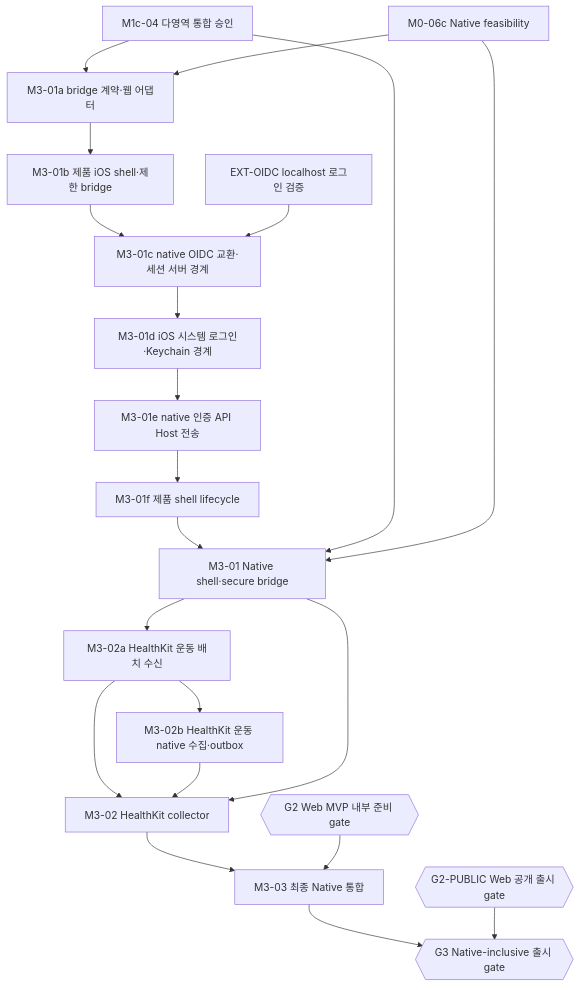
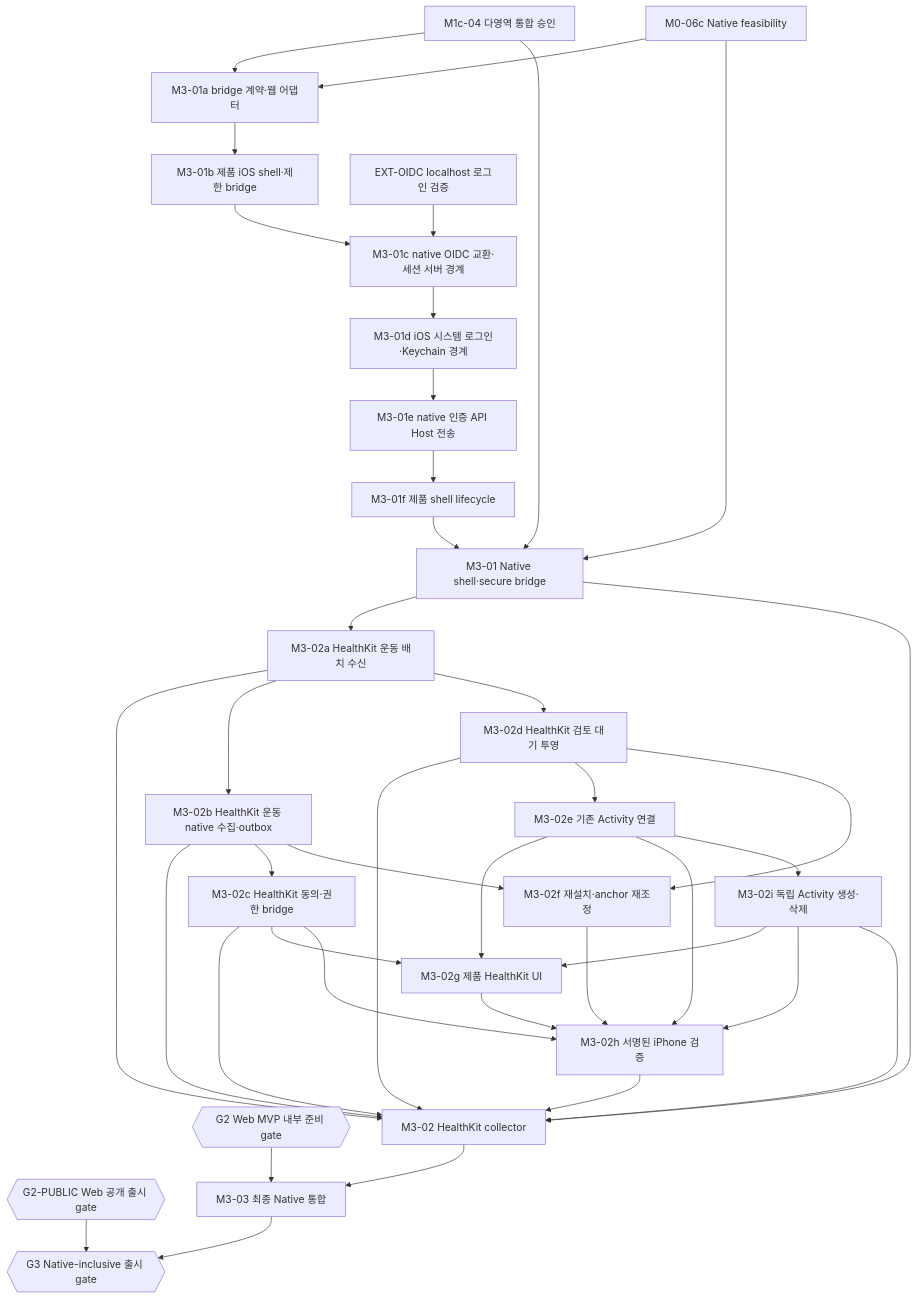
The third of 3 diagrams in docs/implementation/task-graph.md (peacecheejecake/workout-manager), drawn with Mermaid before and after one commit. The commit also changed other lines of this file and 31 other files, not shown here.

````diff
--- a/docs/implementation/task-graph.md
+++ b/docs/implementation/task-graph.md
@@ -524,40 +524,65 @@
 ```mermaid
 flowchart TD
     task8["M0-06c Native feasibility"]
     task25["M1c-04 다영역 통합 승인"]
     task33{{"G2 Web MVP 내부 준비 gate"}}
     publicGate{{"G2-PUBLIC Web 공개 출시 gate"}}
     task34["M3-01 Native shell·secure bridge"]
     task34a["M3-01a bridge 계약·웹 어댑터"]
     task34b["M3-01b 제품 iOS shell·제한 bridge"]
     task34c["M3-01c native OIDC 교환·세션 서버 경계"]
     task34d["M3-01d iOS 시스템 로그인·Keychain 경계"]
     task34e["M3-01e native 인증 API Host 전송"]
     task34f["M3-01f 제품 shell lifecycle"]
     oidc["EXT-OIDC localhost 로그인 검증"]
     task35a["M3-02a HealthKit 운동 배치 수신"]
     task35b["M3-02b HealthKit 운동 native 수집·outbox"]
+    task35c["M3-02c HealthKit 동의·권한 bridge"]
+    task35d["M3-02d HealthKit 검토 대기 투영"]
+    task35e["M3-02e 기존 Activity 연결"]
+    task35f["M3-02f 재설치·anchor 재조정"]
+    task35g["M3-02g 제품 HealthKit UI"]
+    task35h["M3-02h 서명된 iPhone 검증"]
+    task35i["M3-02i 독립 Activity 생성·삭제"]
     task35["M3-02 HealthKit collector"]
     task36["M3-03 최종 Native 통합"]
     task37{{"G3 Native-inclusive 출시 gate"}}
     task25 --> task34a
     task8 --> task34a
     task34a --> task34b
     task34b --> task34c
     oidc --> task34c
     task34c --> task34d
     task34d --> task34e
     task34e --> task34f
     task34f --> task34
     task25 --> task34
     task8 --> task34
     task34 --> task35a
     task35a --> task35
     task35a --> task35b
     task35b --> task35
+    task35b --> task35c
+    task35c --> task35
+    task35a --> task35d
+    task35d --> task35
+    task35d --> task35e
+    task35e --> task35g
+    task35e --> task35h
+    task35e --> task35i
+    task35i --> task35g
+    task35i --> task35h
+    task35i --> task35
+    task35b --> task35f
+    task35d --> task35f
+    task35f --> task35h
+    task35c --> task35g
+    task35c --> task35h
+    task35g --> task35h
+    task35h --> task35
     task34 --> task35
     task35 --> task36
     task33 --> task36
     task36 --> task37
     publicGate --> task37
 ```
````
